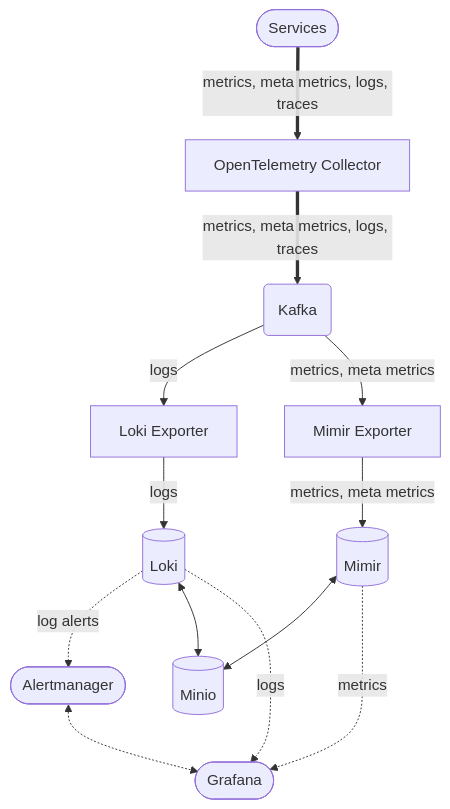
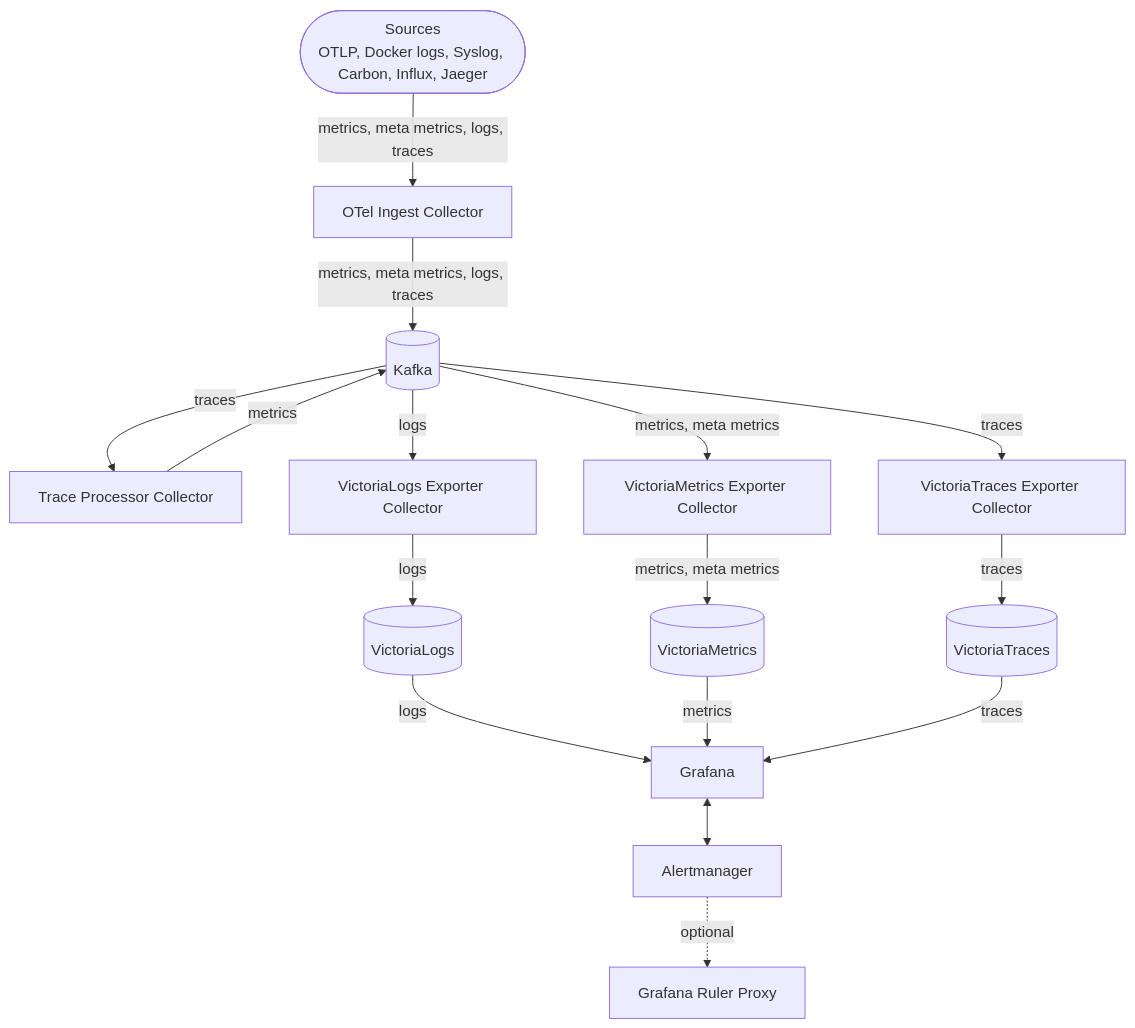
The diagram in README.md (lhns/otel-stack-swarm), drawn with Mermaid before and after one commit. The commit also changed other lines of this file and 15 other files, not shown here.

````diff
--- a/README.md
+++ b/README.md
@@ -3,20 +12,23 @@
 ```mermaid
 flowchart TD
-    services([Services])
-    otel-collector[OpenTelemetry Collector]
-    kafka(Kafka)
-    s3[(Minio)]
-    alertmanager([Alertmanager])
-    loki-exporter[Loki Exporter]
-    loki[(Loki)]
-    mimir-exporter[Mimir Exporter]
-    mimir[(Mimir)]
-    grafana([Grafana])
-    services ==>|metrics, meta metrics, logs, traces| otel-collector ==>|metrics, meta metrics, logs, traces| kafka
-    mimir <--> s3
-    loki -.->|log alerts| alertmanager
-    loki <--> s3
-    alertmanager <-.-> grafana
-    kafka -->|logs| loki-exporter -->|logs| loki -.->|logs| grafana
-    kafka -->|metrics, meta metrics| mimir-exporter -->|metrics, meta metrics| mimir -.->|metrics| grafana
+    sources([Sources<br/>OTLP, Docker logs, Syslog, Carbon, Influx, Jaeger]) -->|metrics, meta metrics, logs, traces| ingest[OTel Ingest Collector]
+    ingest -->|metrics, meta metrics, logs, traces| kafka[(Kafka)]
+
+    kafka -->|traces| tp[Trace Processor Collector]
+    tp -->|metrics| kafka
+
+    kafka -->|logs| vlexp[VictoriaLogs Exporter Collector]
+    kafka -->|metrics, meta metrics| vmexp[VictoriaMetrics Exporter Collector]
+    kafka -->|traces| vtexp[VictoriaTraces Exporter Collector]
+
+    vlexp -->|logs| vlogs[(VictoriaLogs)]
+    vmexp -->|metrics, meta metrics| vmetrics[(VictoriaMetrics)]
+    vtexp -->|traces| vtraces[(VictoriaTraces)]
+
+    vlogs -->|logs| grafana[Grafana]
+    vmetrics -->|metrics| grafana
+    vtraces -->|traces| grafana
+
+    grafana <--> alertmanager[Alertmanager]
+    alertmanager -. optional .-> rulerproxy[Grafana Ruler Proxy]
 ```
````
